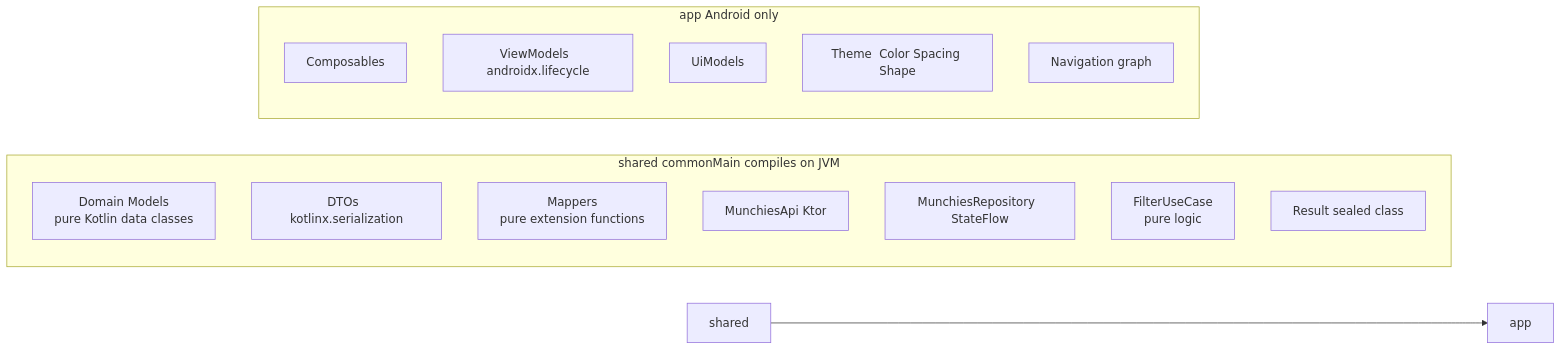
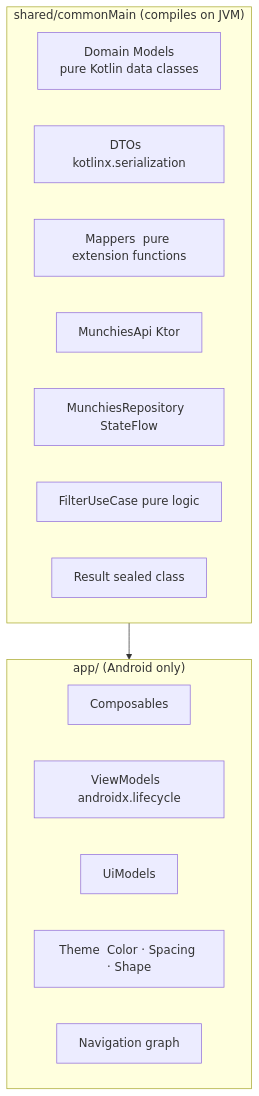
One commit to sven-pettersson/Munchies changed the second of 8 diagrams in PRESENTATION.md. Above: the diagram before and after it, drawn with Mermaid. The commit also changed other lines of this file, not shown here.

Commit message:
feat:adding presentation with graphs

````diff
--- a/PRESENTATION.md
+++ b/PRESENTATION.md
@@ -57,22 +55,20 @@
 ```mermaid
-graph LR
-    subgraph shared commonMain  compiles on JVM
-        A[Domain Models\npure Kotlin data classes]
-        B[DTOs  kotlinx.serialization]
-        C[Mappers\npure extension functions]
-        D[MunchiesApi  Ktor]
-        E[MunchiesRepository  StateFlow]
-        F[FilterUseCase\npure logic]
-        G[Result sealed class]
-    end
-
-    subgraph app  Android only
-        H[Composables]
-        I[ViewModels  androidx.lifecycle]
-        J[UiModels]
-        K[Theme  Color Spacing Shape]
-        L[Navigation graph]
-    end
-
-    shared --> app
+graph TD
+  subgraph commonMain["shared/commonMain  (compiles on JVM)"]
+    A["Domain Models\npure Kotlin data classes"]
+    B["DTOs  kotlinx.serialization"]
+    C["Mappers  pure extension functions"]
+    D["MunchiesApi  Ktor"]
+    E["MunchiesRepository  StateFlow"]
+    F["FilterUseCase  pure logic"]
+    G["Result  sealed class"]
+  end
+  subgraph appmod["app/  (Android only)"]
+    H[Composables]
+    I["ViewModels  androidx.lifecycle"]
+    J[UiModels]
+    K["Theme  Color · Spacing · Shape"]
+    L[Navigation graph]
+  end
+  commonMain --> appmod
 ```
````
